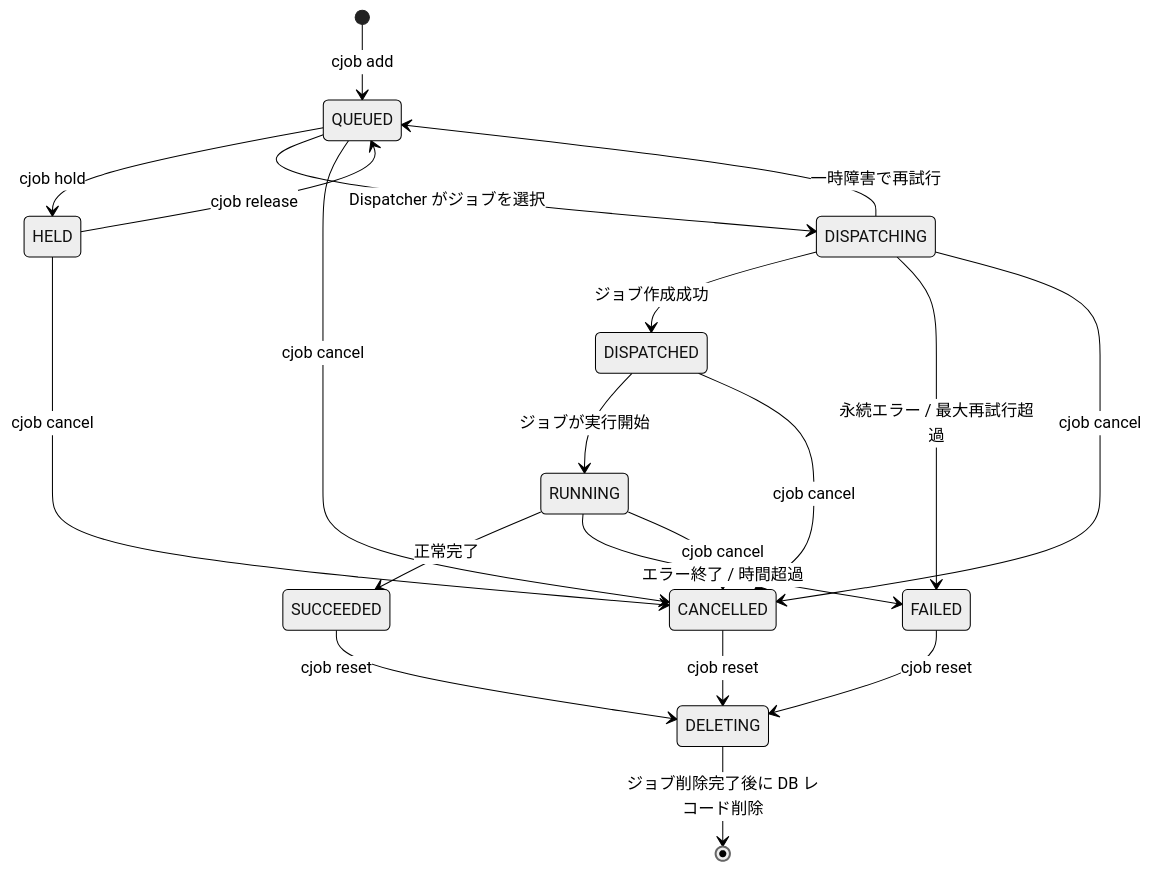
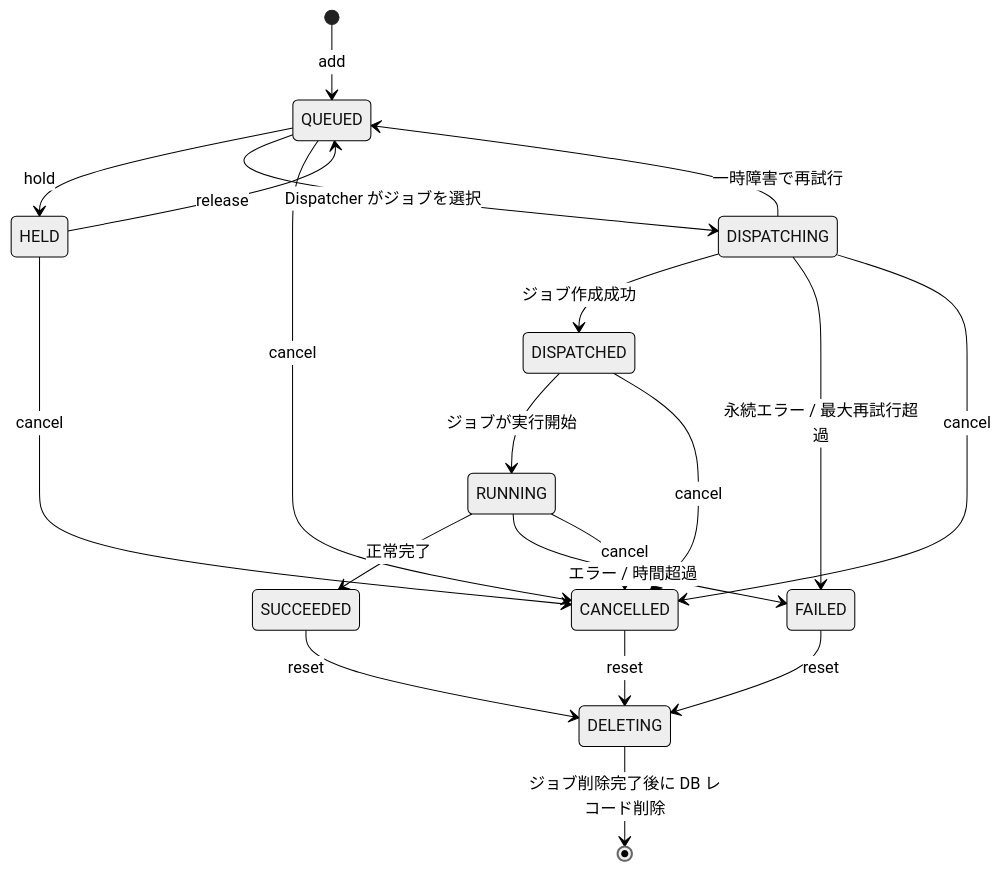
The diagram in README.md (Shu-Tanaka-Group/research-cluster-job-system), drawn with Mermaid (neutral theme) before and after one commit.

Commit message:
Shorten Mermaid diagram labels in README (#86)
状態遷移図のラベルから cjob プレフィックスを省略し、重なりを軽減。

````diff
--- a/README.md
+++ b/README.md
@@ -274,29 +274,29 @@
 ```mermaid
 stateDiagram-v2
-    [*] --> QUEUED : cjob add
+    [*] --> QUEUED : add
 
-    QUEUED --> HELD : cjob hold
+    QUEUED --> HELD : hold
     QUEUED --> DISPATCHING : Dispatcher がジョブを選択
-    QUEUED --> CANCELLED : cjob cancel
+    QUEUED --> CANCELLED : cancel
 
-    HELD --> QUEUED : cjob release
-    HELD --> CANCELLED : cjob cancel
+    HELD --> QUEUED : release
+    HELD --> CANCELLED : cancel
 
     DISPATCHING --> DISPATCHED : ジョブ作成成功
     DISPATCHING --> QUEUED : 一時障害で再試行
     DISPATCHING --> FAILED : 永続エラー / 最大再試行超過
-    DISPATCHING --> CANCELLED : cjob cancel
+    DISPATCHING --> CANCELLED : cancel
 
     DISPATCHED --> RUNNING : ジョブが実行開始
-    DISPATCHED --> CANCELLED : cjob cancel
+    DISPATCHED --> CANCELLED : cancel
 
     RUNNING --> SUCCEEDED : 正常完了
-    RUNNING --> FAILED : エラー終了 / 時間超過
-    RUNNING --> CANCELLED : cjob cancel
+    RUNNING --> FAILED : エラー / 時間超過
+    RUNNING --> CANCELLED : cancel
 
-    SUCCEEDED --> DELETING : cjob reset
-    FAILED --> DELETING : cjob reset
-    CANCELLED --> DELETING : cjob reset
+    SUCCEEDED --> DELETING : reset
+    FAILED --> DELETING : reset
+    CANCELLED --> DELETING : reset
 
     DELETING --> [*] : ジョブ削除完了後に DB レコード削除
 ```
````
